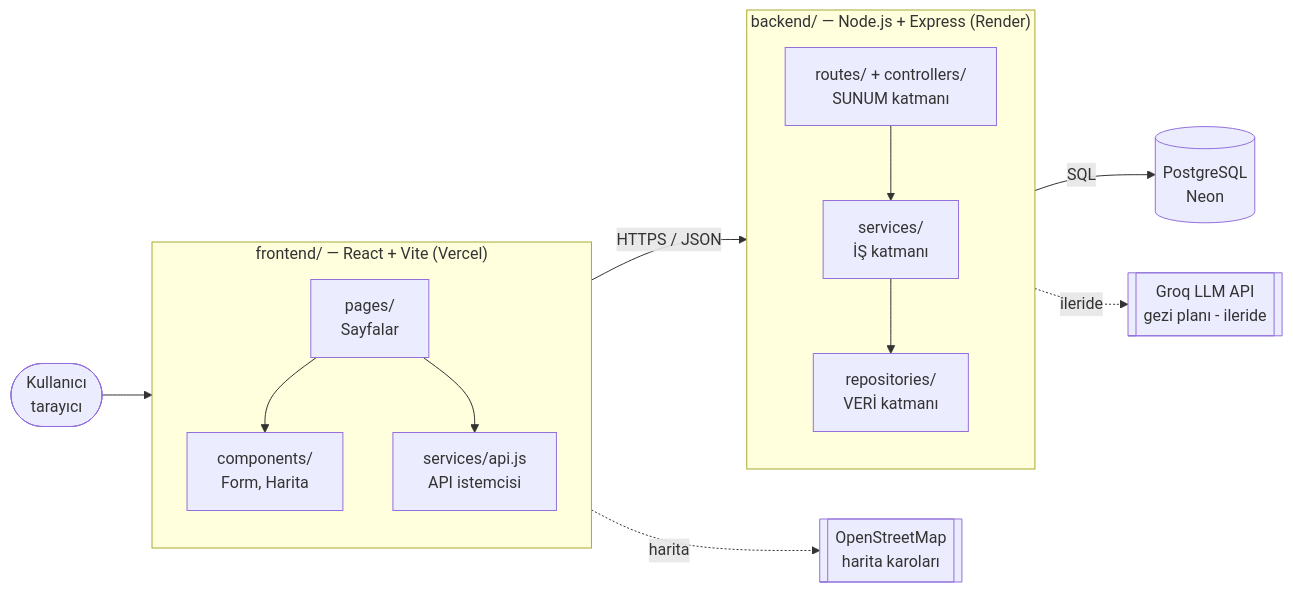
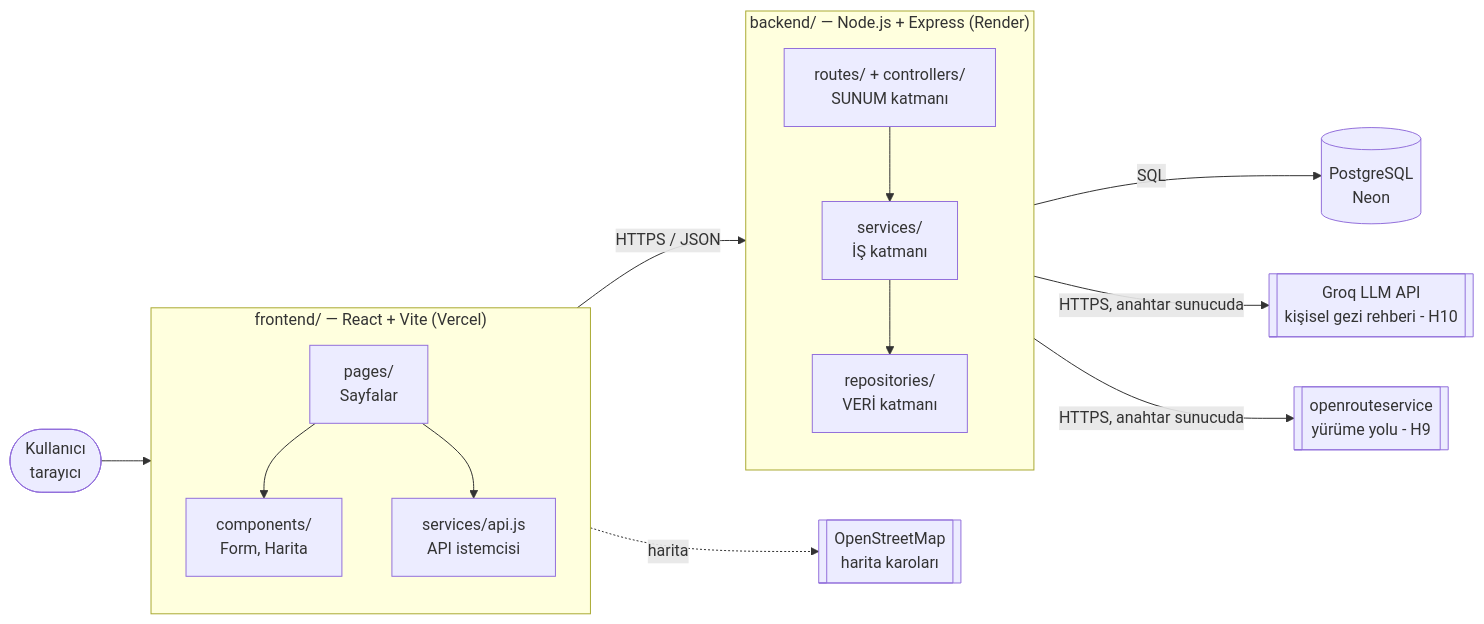
The first of 2 diagrams in docs/mimari.md (diyarkaraduman73-crypto/p45-kisisellestirilmis-gezi-planlay-c-s-), drawn with Mermaid before and after one commit. The commit also changed other lines of this file and 32 other files, not shown here.

````diff
--- a/docs/mimari.md
+++ b/docs/mimari.md
@@ -7,31 +7,33 @@
 ```mermaid
 flowchart LR
     U([Kullanıcı<br/>tarayıcı])
 
     subgraph FE["frontend/ — React + Vite (Vercel)"]
         direction TB
         P[pages/<br/>Sayfalar]
         C[components/<br/>Form, Harita]
         S[services/api.js<br/>API istemcisi]
         P --> C
         P --> S
     end
 
     subgraph BE["backend/ — Node.js + Express (Render)"]
         direction TB
         R[routes/ + controllers/<br/>SUNUM katmanı]
         SV[services/<br/>İŞ katmanı]
         RP[repositories/<br/>VERİ katmanı]
         R --> SV --> RP
     end
 
     DB[(PostgreSQL<br/>Neon)]
     OSM[[OpenStreetMap<br/>harita karoları]]
-    LLM[[Groq LLM API<br/>gezi planı - ileride]]
+    LLM[[Groq LLM API<br/>kişisel gezi rehberi - H10]]
+    ORS[[openrouteservice<br/>yürüme yolu - H9]]
 
     U --> FE
     S -- "HTTPS / JSON" --> R
     RP -- SQL --> DB
     C -. harita .-> OSM
-    SV -. ileride .-> LLM
+    SV -- "HTTPS, anahtar sunucuda" --> LLM
+    SV -- "HTTPS, anahtar sunucuda" --> ORS
 ```
````
